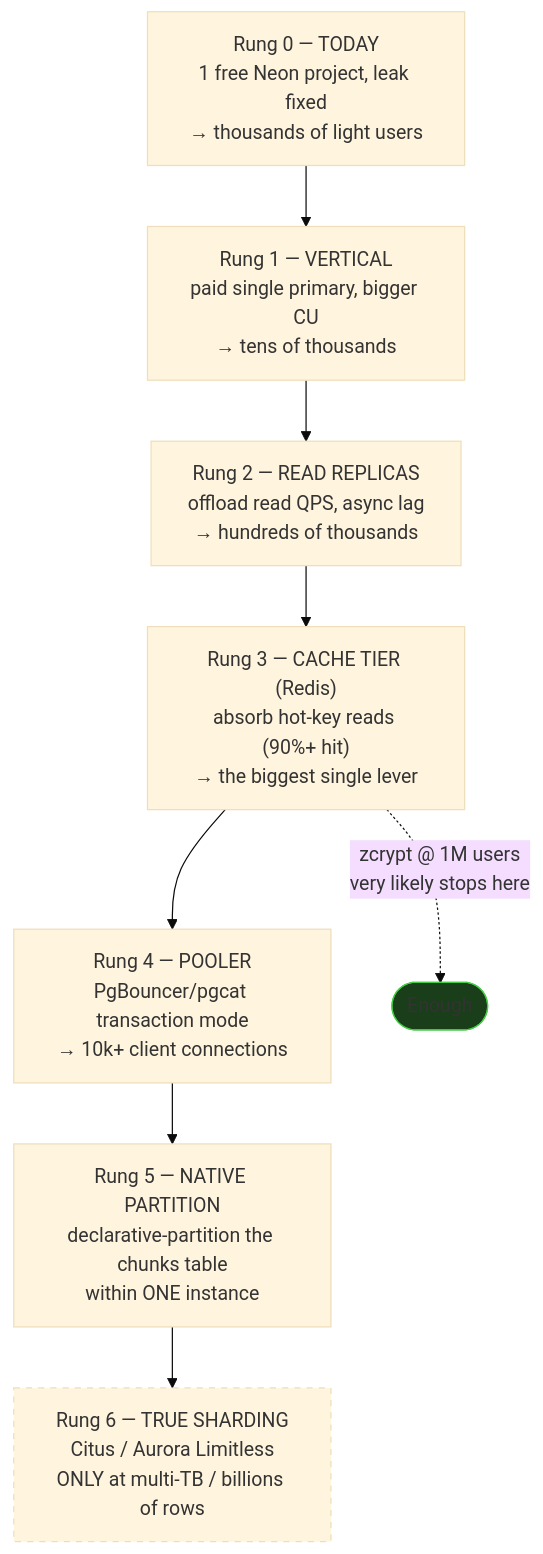
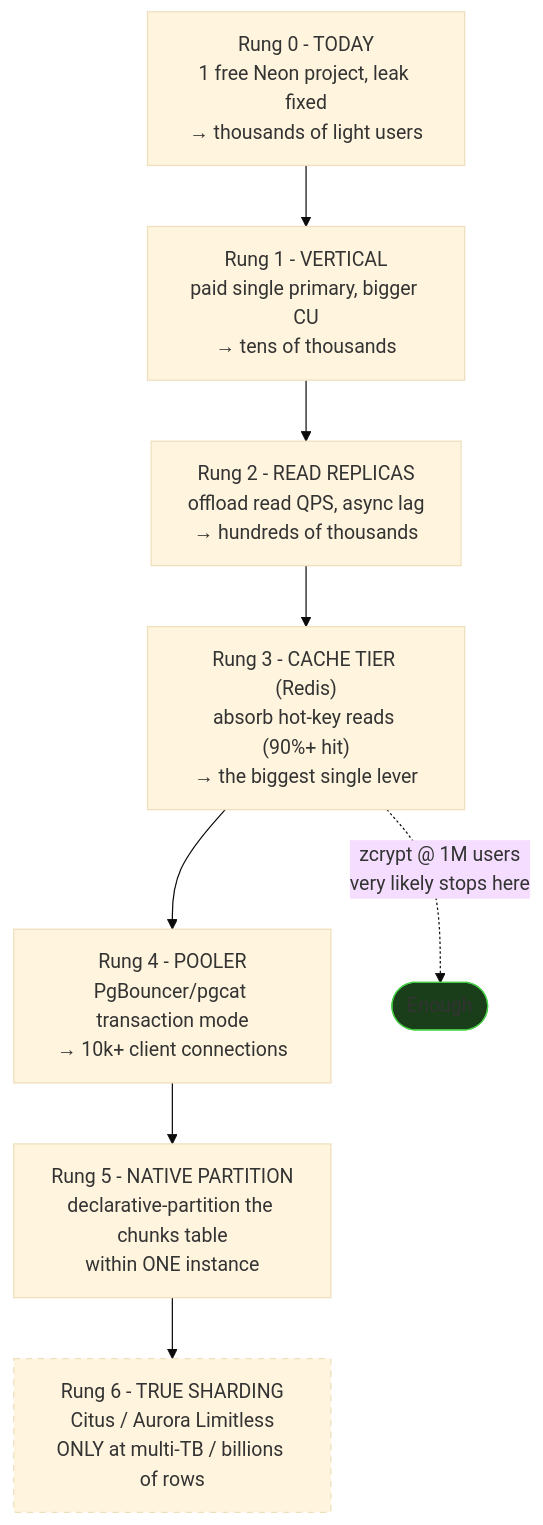
One commit to Wosmos/zcrypt changed the fifth of 6 diagrams in docs/DB_SCALING_100_PROJECTS.md. Above: the diagram before and after it, drawn with Mermaid (base theme). The commit also changed other lines of this file and 30 other files, not shown here.

````diff
--- a/docs/DB_SCALING_100_PROJECTS.md
+++ b/docs/DB_SCALING_100_PROJECTS.md
@@ -705,16 +705,16 @@
 ```mermaid
 flowchart TB
-    R0["Rung 0 — TODAY<br/>1 free Neon project, leak fixed<br/>→ thousands of light users"]
-    R1["Rung 1 — VERTICAL<br/>paid single primary, bigger CU<br/>→ tens of thousands"]
-    R2["Rung 2 — READ REPLICAS<br/>offload read QPS, async lag<br/>→ hundreds of thousands"]
-    R3["Rung 3 — CACHE TIER (Redis)<br/>absorb hot-key reads (90%+ hit)<br/>→ the biggest single lever"]
-    R4["Rung 4 — POOLER<br/>PgBouncer/pgcat transaction mode<br/>→ 10k+ client connections"]
-    R5["Rung 5 — NATIVE PARTITION<br/>declarative-partition the chunks table<br/>within ONE instance"]
-    R6["Rung 6 — TRUE SHARDING<br/>Citus / Aurora Limitless<br/>ONLY at multi-TB / billions of rows"]
+    R0["Rung 0 - TODAY<br/>1 free Neon project, leak fixed<br/>→ thousands of light users"]
+    R1["Rung 1 - VERTICAL<br/>paid single primary, bigger CU<br/>→ tens of thousands"]
+    R2["Rung 2 - READ REPLICAS<br/>offload read QPS, async lag<br/>→ hundreds of thousands"]
+    R3["Rung 3 - CACHE TIER (Redis)<br/>absorb hot-key reads (90%+ hit)<br/>→ the biggest single lever"]
+    R4["Rung 4 - POOLER<br/>PgBouncer/pgcat transaction mode<br/>→ 10k+ client connections"]
+    R5["Rung 5 - NATIVE PARTITION<br/>declarative-partition the chunks table<br/>within ONE instance"]
+    R6["Rung 6 - TRUE SHARDING<br/>Citus / Aurora Limitless<br/>ONLY at multi-TB / billions of rows"]
 
     R0 --> R1 --> R2 --> R3 --> R4 --> R5 --> R6
     R3 -.->|"zcrypt @ 1M users<br/>very likely stops here"| DONE(["Enough"])
 
     style R6 stroke-dasharray: 5 5
     style DONE fill:#1a3d1a,stroke:#4c4
 ```
````
